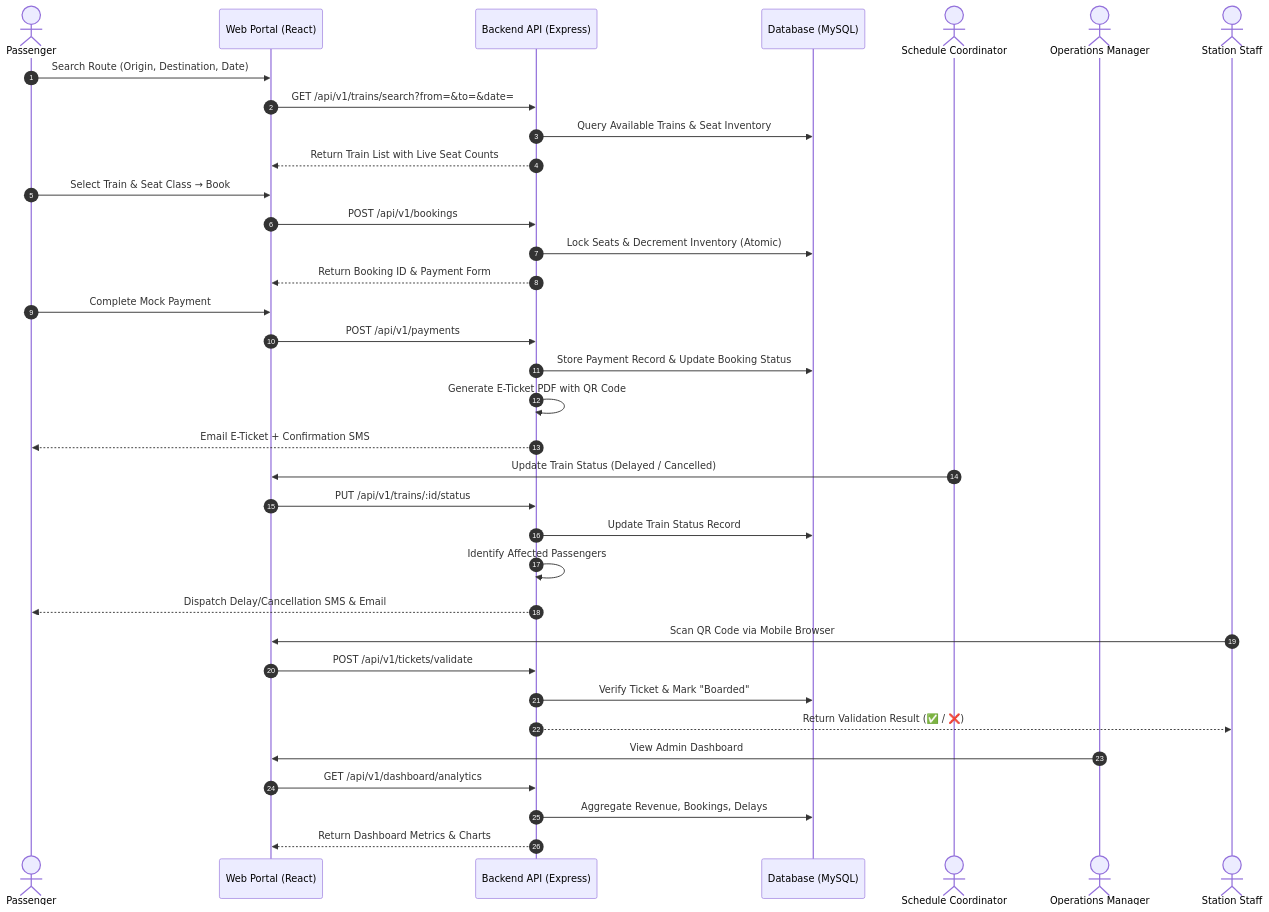
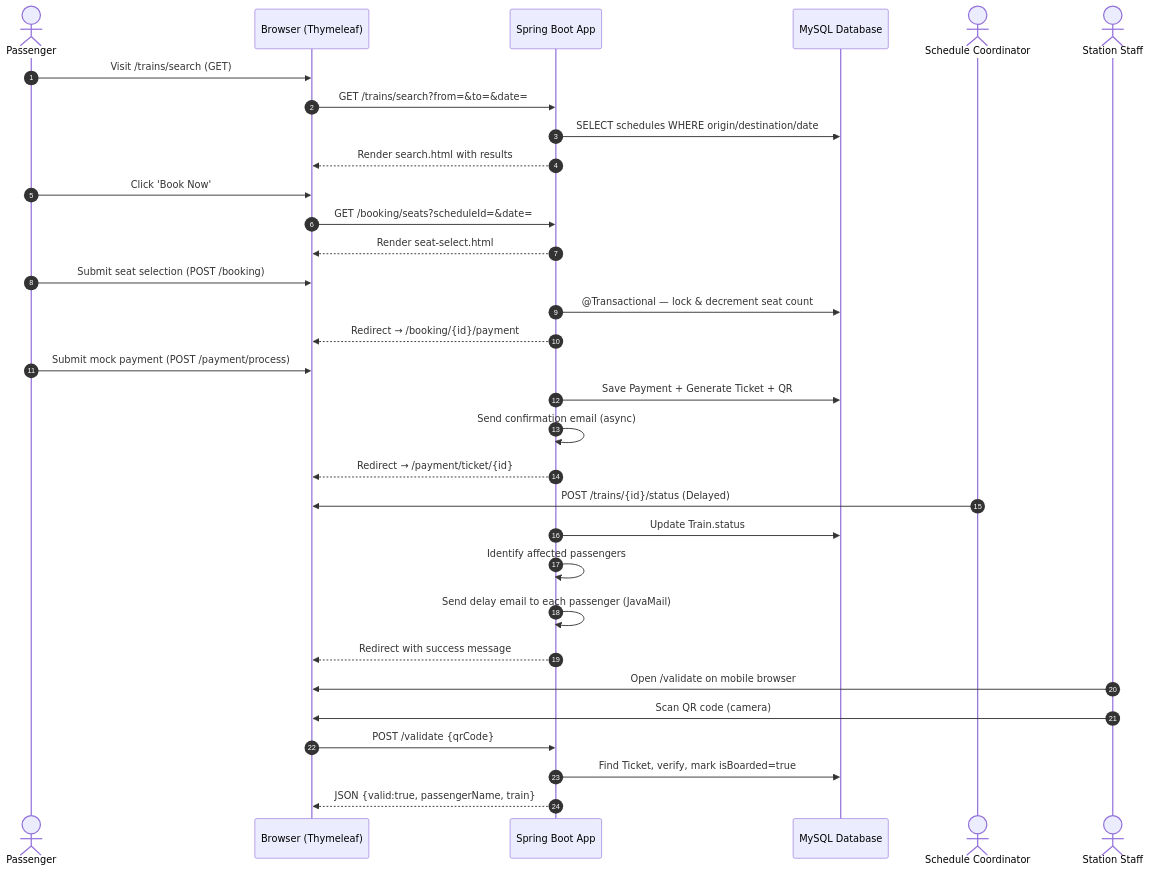
Before and after one commit to IT25102327/Web-based-Train-Scheduling-Booking-System: the first of 2 diagrams in README.md, drawn with Mermaid. The commit also changed other lines of this file and 236 other files, not shown here.

````diff
--- a/README.md
+++ b/README.md
@@ -193,43 +202,40 @@
 ```mermaid
 sequenceDiagram
     autonumber
     actor Passenger
-    participant Portal as Web Portal (React)
-    participant API as Backend API (Express)
-    participant DB as Database (MySQL)
+    participant Browser as Browser (Thymeleaf)
+    participant Spring as Spring Boot App
+    participant DB as MySQL Database
     actor Admin as Schedule Coordinator
-    actor Manager as Operations Manager
     actor Staff as Station Staff
 
-    Passenger->>Portal: Search Route (Origin, Destination, Date)
-    Portal->>API: GET /api/v1/trains/search?from=&to=&date=
-    API->>DB: Query Available Trains & Seat Inventory
-    API-->>Portal: Return Train List with Live Seat Counts
+    Passenger->>Browser: Visit /trains/search (GET)
+    Browser->>Spring: GET /trains/search?from=&to=&date=
+    Spring->>DB: SELECT schedules WHERE origin/destination/date
+    Spring-->>Browser: Render search.html with results
 
-    Passenger->>Portal: Select Train & Seat Class → Book
-    Portal->>API: POST /api/v1/bookings
-    API->>DB: Lock Seats & Decrement Inventory (Atomic)
-    API-->>Portal: Return Booking ID & Payment Form
+    Passenger->>Browser: Click 'Book Now'
+    Browser->>Spring: GET /booking/seats?scheduleId=&date=
+    Spring-->>Browser: Render seat-select.html
 
-    Passenger->>Portal: Complete Mock Payment
-    Portal->>API: POST /api/v1/payments
-    API->>DB: Store Payment Record & Update Booking Status
-    API->>API: Generate E-Ticket PDF with QR Code
-    API-->>Passenger: Email E-Ticket + Confirmation SMS
+    Passenger->>Browser: Submit seat selection (POST /booking)
+    Spring->>DB: @Transactional — lock & decrement seat count
+    Spring-->>Browser: Redirect → /booking/{id}/payment
 
-    Admin->>Portal: Update Train Status (Delayed / Cancelled)
-    Portal->>API: PUT /api/v1/trains/:id/status
-    API->>DB: Update Train Status Record
-    API->>API: Identify Affected Passengers
-    API-->>Passenger: Dispatch Delay/Cancellation SMS & Email
+    Passenger->>Browser: Submit mock payment (POST /payment/process)
+    Spring->>DB: Save Payment + Generate Ticket + QR
+    Spring->>Spring: Send confirmation email (async)
+    Spring-->>Browser: Redirect → /payment/ticket/{id}
 
-    Staff->>Portal: Scan QR Code via Mobile Browser
-    Portal->>API: POST /api/v1/tickets/validate
-    API->>DB: Verify Ticket & Mark "Boarded"
-    API-->>Staff: Return Validation Result (✅ / ❌)
+    Admin->>Browser: POST /trains/{id}/status (Delayed)
+    Spring->>DB: Update Train.status
+    Spring->>Spring: Identify affected passengers
+    Spring->>Spring: Send delay email to each passenger (JavaMail)
+    Spring-->>Browser: Redirect with success message
 
-    Manager->>Portal: View Admin Dashboard
-    Portal->>API: GET /api/v1/dashboard/analytics
-    API->>DB: Aggregate Revenue, Bookings, Delays
-    API-->>Portal: Return Dashboard Metrics & Charts
+    Staff->>Browser: Open /validate on mobile browser
+    Staff->>Browser: Scan QR code (camera)
+    Browser->>Spring: POST /validate {qrCode}
+    Spring->>DB: Find Ticket, verify, mark isBoarded=true
+    Spring-->>Browser: JSON {valid:true, passengerName, train}
 ```
````
